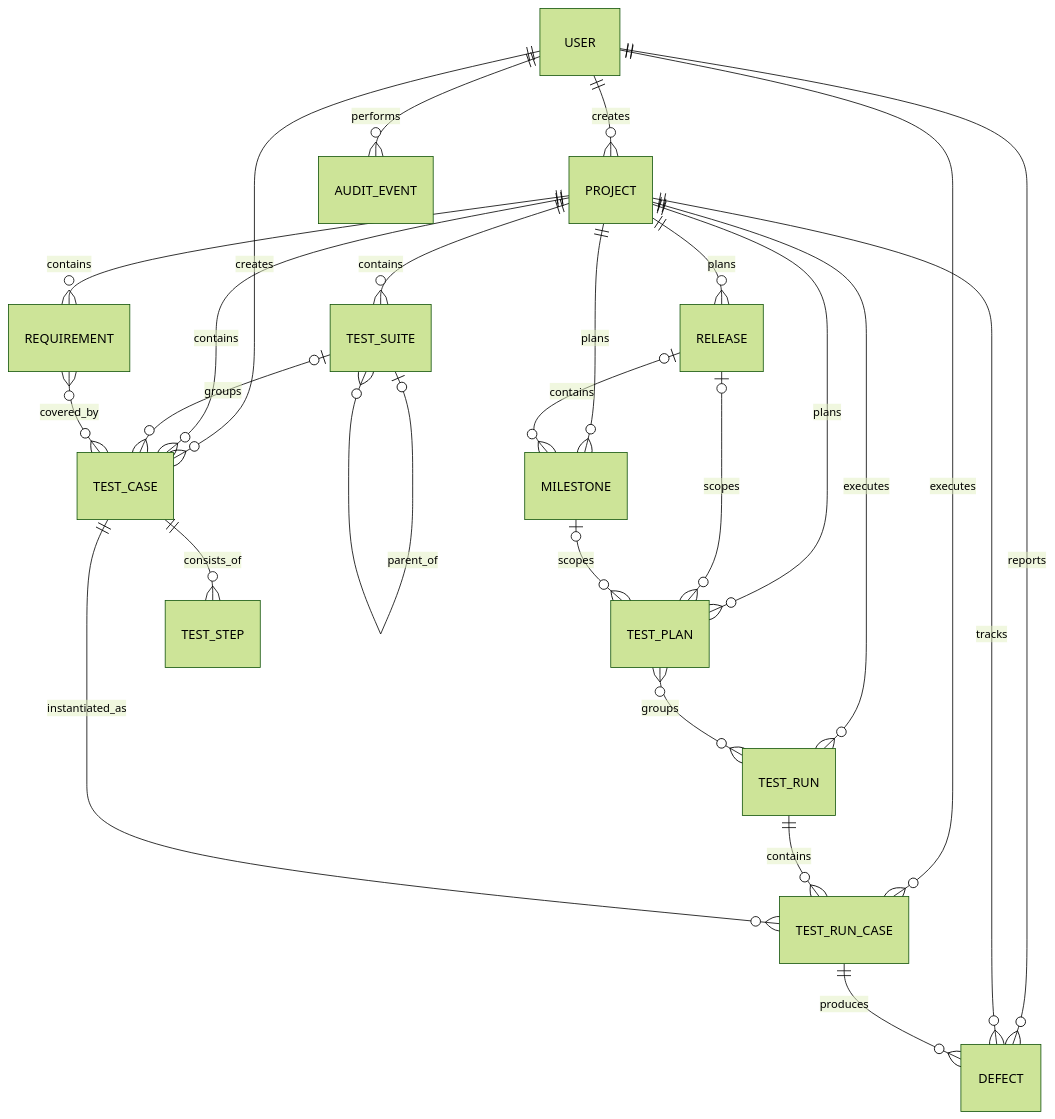
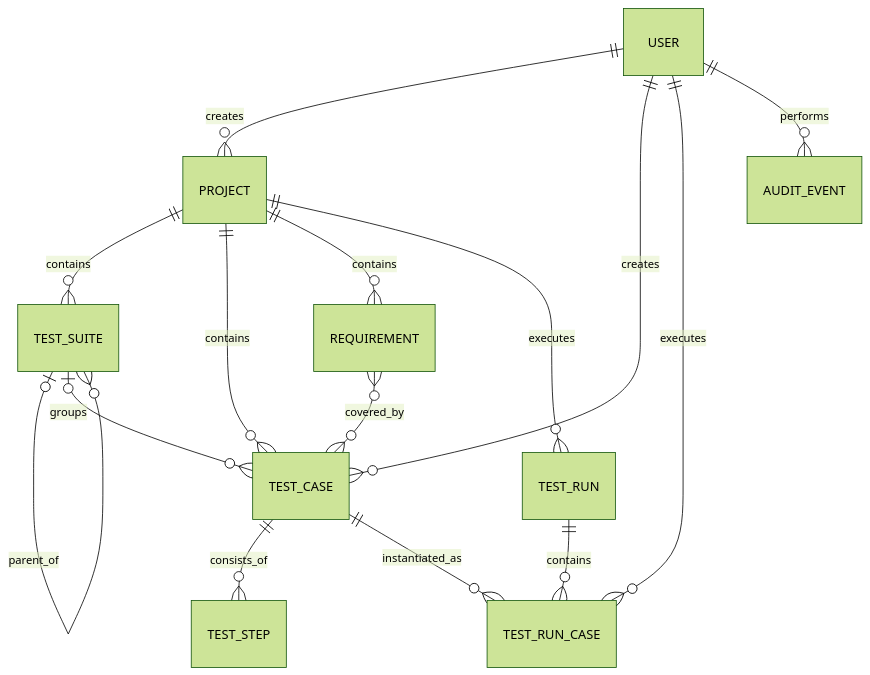
Before and after one commit to zW-iwnl/LOL: the sixth of 6 diagrams in docs/zadani-a-architektura.md, drawn with Mermaid (forest theme). The commit also changed other lines of this file and 182 other files, not shown here.

Commit message:
Expand repository, suite groups, and test execution

````diff
--- a/docs/zadani-a-architektura.md
+++ b/docs/zadani-a-architektura.md
@@ -238,31 +206,21 @@
 ```mermaid
 erDiagram
     USER ||--o{ PROJECT : creates
     USER ||--o{ TEST_CASE : creates
     USER ||--o{ TEST_RUN_CASE : executes
-    USER ||--o{ DEFECT : reports
 
     PROJECT ||--o{ TEST_SUITE : contains
     PROJECT ||--o{ TEST_CASE : contains
     PROJECT ||--o{ REQUIREMENT : contains
-    PROJECT ||--o{ RELEASE : plans
-    PROJECT ||--o{ MILESTONE : plans
-    PROJECT ||--o{ TEST_PLAN : plans
     PROJECT ||--o{ TEST_RUN : executes
-    PROJECT ||--o{ DEFECT : tracks
 
     TEST_SUITE o|--o{ TEST_SUITE : parent_of
     TEST_SUITE o|--o{ TEST_CASE : groups
     TEST_CASE ||--o{ TEST_STEP : consists_of
     REQUIREMENT }o--o{ TEST_CASE : covered_by
 
-    RELEASE o|--o{ MILESTONE : contains
-    RELEASE o|--o{ TEST_PLAN : scopes
-    MILESTONE o|--o{ TEST_PLAN : scopes
-    TEST_PLAN }o--o{ TEST_RUN : groups
 
     TEST_RUN ||--o{ TEST_RUN_CASE : contains
     TEST_CASE ||--o{ TEST_RUN_CASE : instantiated_as
-    TEST_RUN_CASE ||--o{ DEFECT : produces
     USER ||--o{ AUDIT_EVENT : performs
 ```
````
